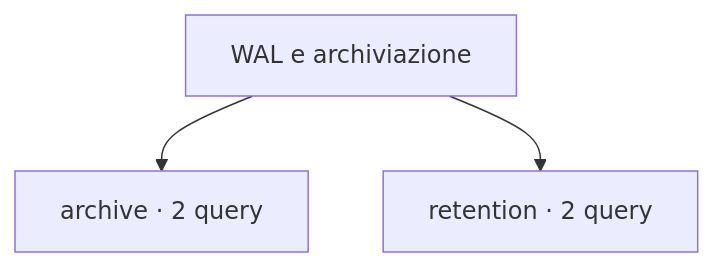
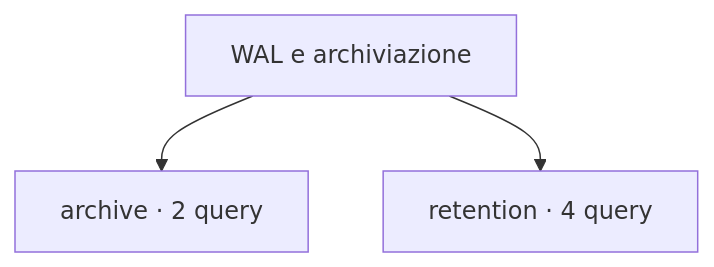
The diagram in scripts/wal/README.md (Mohamed-DN/PG-DN_scripts), drawn with Mermaid before and after one commit. The commit also changed other lines of this file and 533 other files, not shown here.

````diff
--- a/scripts/wal/README.md
+++ b/scripts/wal/README.md
@@ -11,6 +26,6 @@
 ```mermaid
 flowchart TD
     root["WAL e archiviazione"]
     root --> c0["archive · 2 query"]
-    root --> c1["retention · 2 query"]
+    root --> c1["retention · 4 query"]
 ```
````
